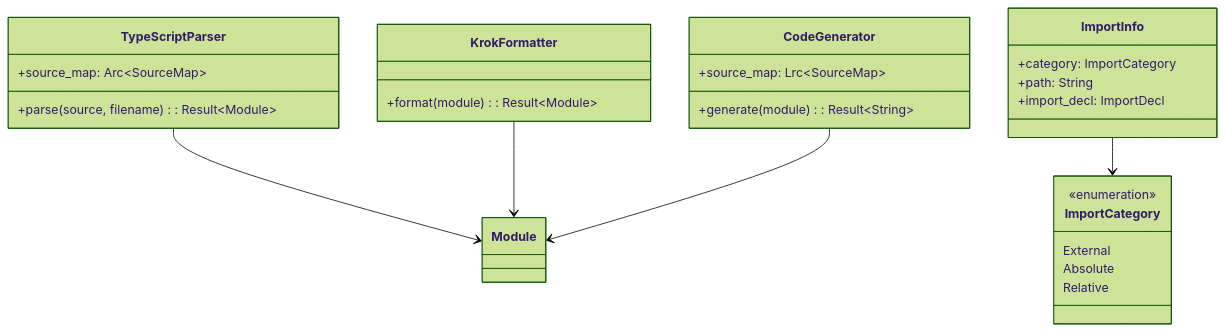
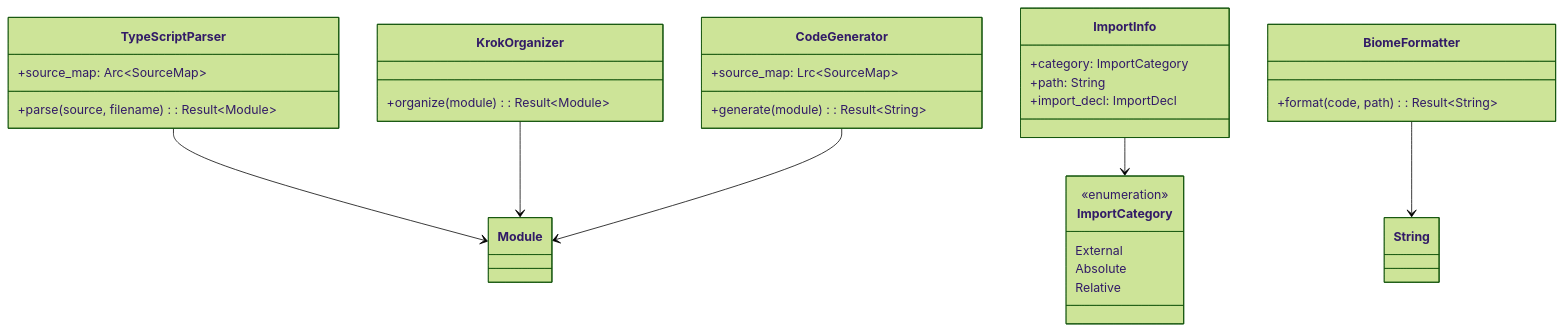
The eighth of 19 diagrams in docs/design.md (skeswa/krokfmt), drawn with Mermaid (forest theme) before and after one commit. The commit also changed other lines of this file and 14 other files, not shown here.

````diff
--- a/docs/design.md
+++ b/docs/design.md
@@ -301,34 +319,39 @@
 ```mermaid
 classDiagram
     class TypeScriptParser {
         +source_map: Arc~SourceMap~
         +parse(source, filename): Result~Module~
     }
     
     class ImportInfo {
         +category: ImportCategory
         +path: String
         +import_decl: ImportDecl
     }
     
     class ImportCategory {
         <<enumeration>>
         External
         Absolute
         Relative
     }
     
-    class KrokFormatter {
-        +format(module): Result~Module~
+    class KrokOrganizer {
+        +organize(module): Result~Module~
+    }
+    
+    class BiomeFormatter {
+        +format(code, path): Result~String~
     }
     
     class CodeGenerator {
         +source_map: Lrc~SourceMap~
         +generate(module): Result~String~
     }
     
     ImportInfo --> ImportCategory
     TypeScriptParser --> Module
-    KrokFormatter --> Module
+    KrokOrganizer --> Module
     CodeGenerator --> Module
+    BiomeFormatter --> String
 ```
````
